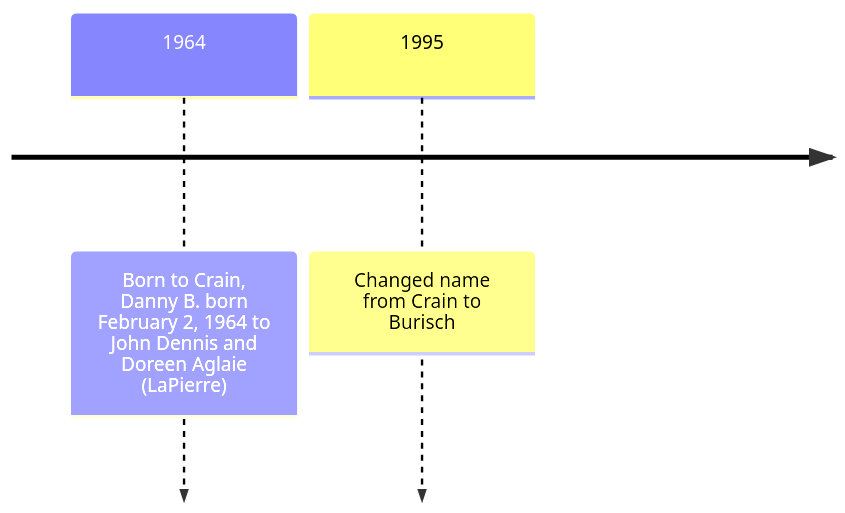
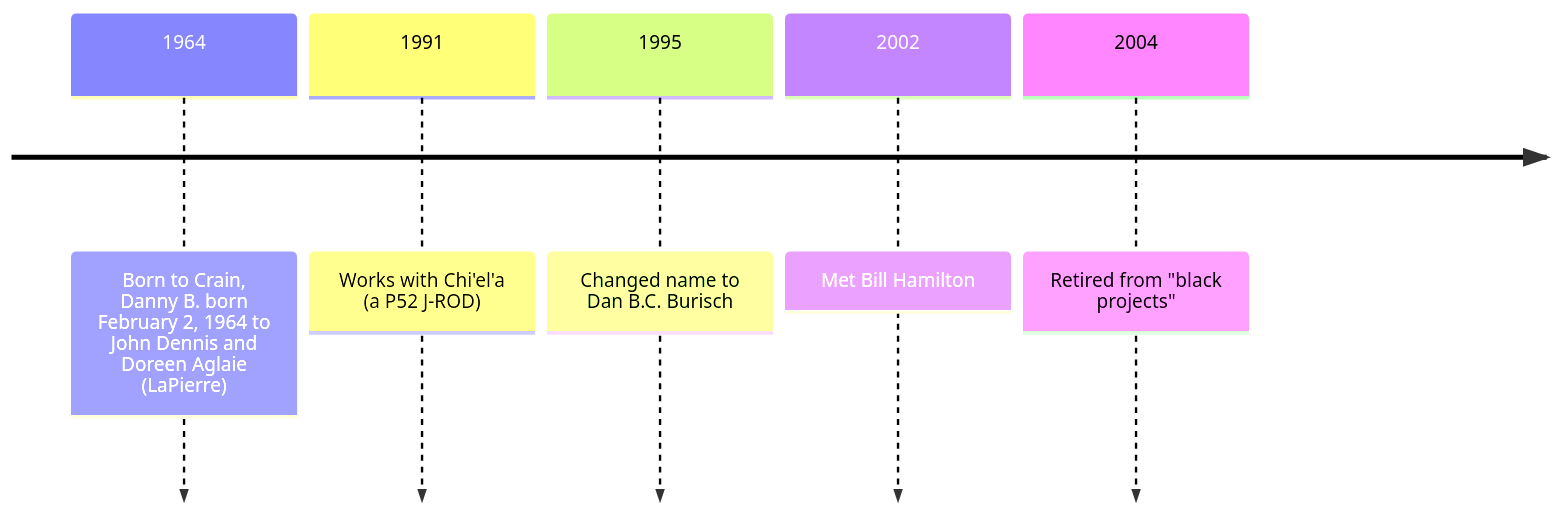
Before and after one commit to Black-Star-Institute/blackstar.github.io: the diagram in docs/people/burisch_dan.md, drawn with Mermaid. The commit also changed other lines of this file, not shown here.

````diff
--- a/docs/people/burisch_dan.md
+++ b/docs/people/burisch_dan.md
@@ -29,5 +34,8 @@
 ```mermaid
 timeline
     1964 : Born to Crain, Danny B. born February 2, 1964 to John Dennis and Doreen Aglaie (LaPierre)
-    1995 : Changed name from Crain to Burisch
+    1991 : Works with Chi'el'a (a P52 J-ROD)
+    1995 : Changed name to Dan B.C. Burisch
+    2002 : Met Bill Hamilton
+    2004 : Retired from "black projects"
 ```
````
